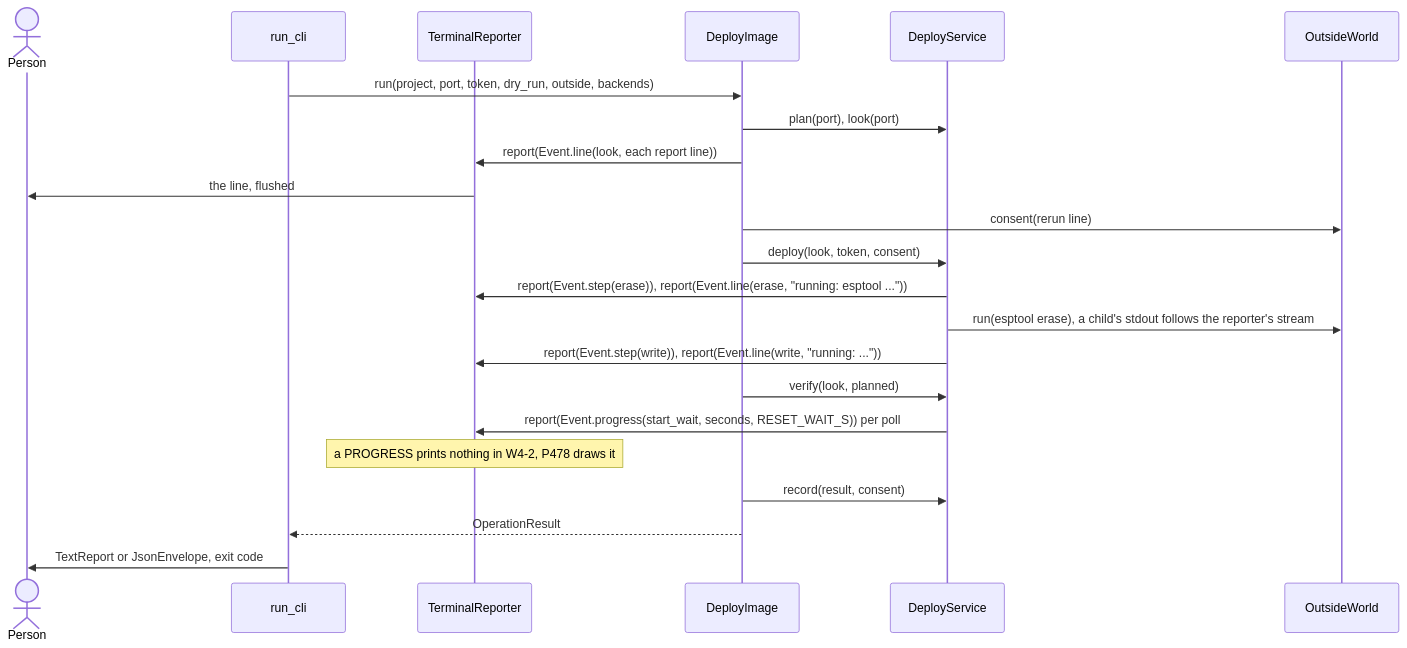
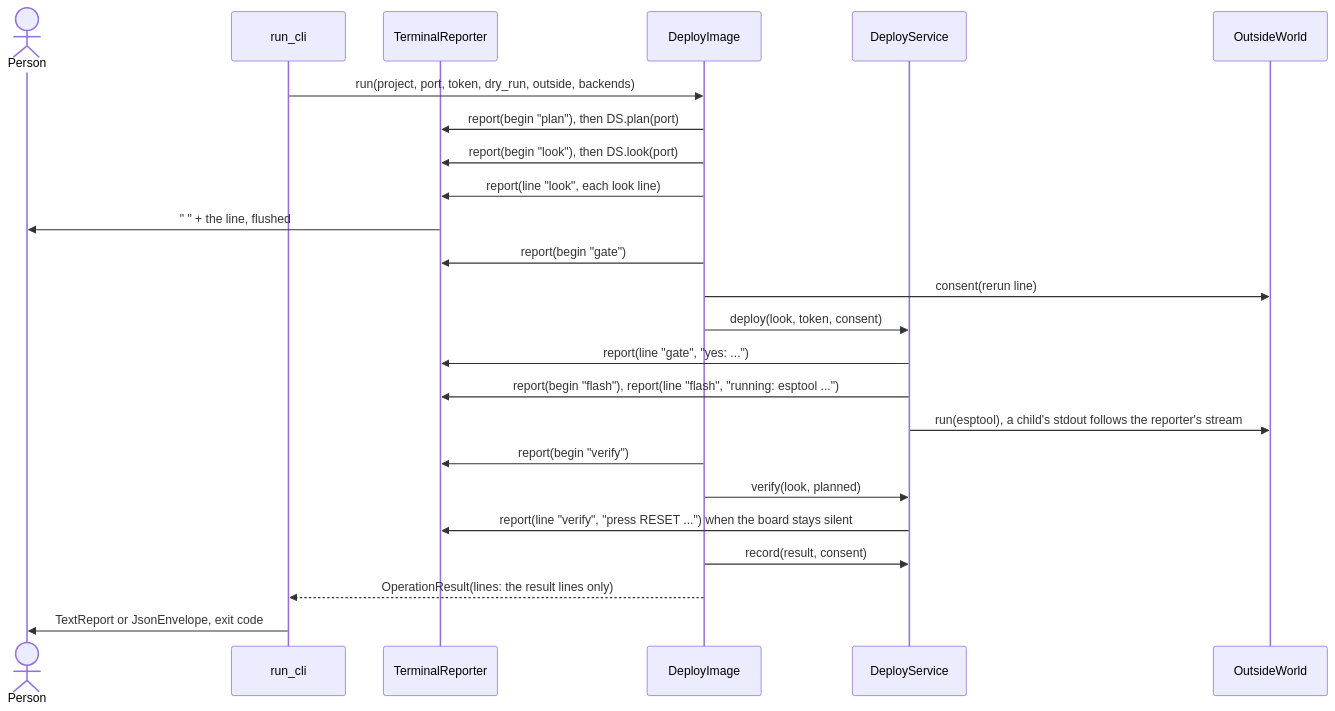
Before and after one commit to xmejkal/spark: the third of 3 diagrams in docs/discovery/2026-10-19-p323-target-architecture/architecture/event-seam-plan.md, drawn with Mermaid. The commit also changed other lines of this file and 2 other files, not shown here.

First line of the commit message:
P479: plan council round 1: the Event is kind, code, text; four rules of the seam; echo_to moves to E2; deploy goldens before E2; You decide box; council record and rows

````diff
--- a/docs/discovery/2026-10-19-p323-target-architecture/architecture/event-seam-plan.md
+++ b/docs/discovery/2026-10-19-p323-target-architecture/architecture/event-seam-plan.md
@@ -148,24 +182,26 @@
 ```mermaid
 sequenceDiagram
   actor P as Person
   participant CLI as run_cli
   participant R as TerminalReporter
   participant O as DeployImage
   participant DS as DeployService
   participant OW as OutsideWorld
   CLI->>O: run(project, port, token, dry_run, outside, backends)
-  O->>DS: plan(port), look(port)
-  O->>R: report(Event.line(look, each report line))
-  R->>P: the line, flushed
+  O->>R: report(begin "plan"), then DS.plan(port)
+  O->>R: report(begin "look"), then DS.look(port)
+  O->>R: report(line "look", each look line)
+  R->>P: "  " + the line, flushed
+  O->>R: report(begin "gate")
   O->>OW: consent(rerun line)
   O->>DS: deploy(look, token, consent)
-  DS->>R: report(Event.step(erase)), report(Event.line(erase, "running: esptool ..."))
-  DS->>OW: run(esptool erase), a child's stdout follows the reporter's stream
-  DS->>R: report(Event.step(write)), report(Event.line(write, "running: ..."))
+  DS->>R: report(line "gate", "yes: ...")
+  DS->>R: report(begin "flash"), report(line "flash", "running: esptool ...")
+  DS->>OW: run(esptool), a child's stdout follows the reporter's stream
+  O->>R: report(begin "verify")
   O->>DS: verify(look, planned)
-  DS->>R: report(Event.progress(start_wait, seconds, RESET_WAIT_S)) per poll
-  Note over R: a PROGRESS prints nothing in W4-2, P478 draws it
+  DS->>R: report(line "verify", "press RESET ...") when the board stays silent
   O->>DS: record(result, consent)
-  O-->>CLI: OperationResult
+  O-->>CLI: OperationResult(lines: the result lines only)
   CLI->>P: TextReport or JsonEnvelope, exit code
 ```
````
